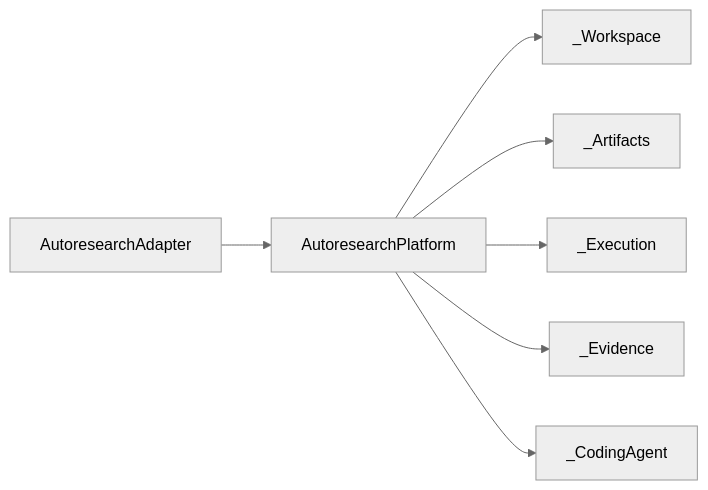
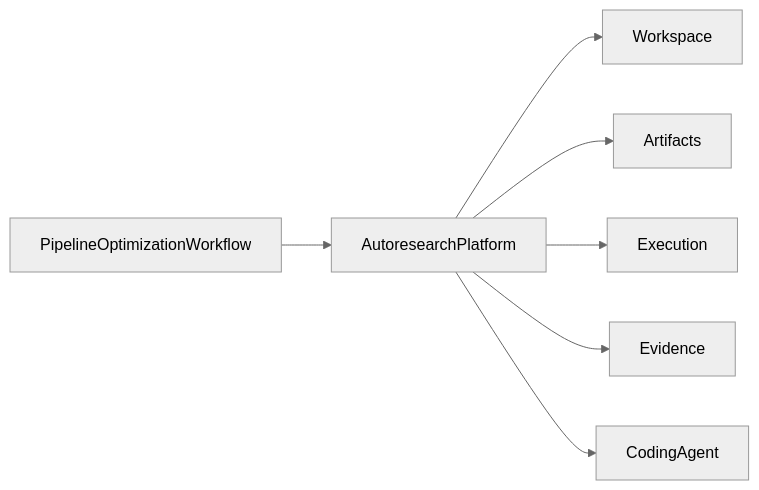
Before and after one commit to facebookresearch/spdl: the second of 2 diagrams in docs/source/autoresearch/autoresearch_architecture.rst, drawn with Mermaid (neutral theme). The commit also changed other lines of this file and 4 other files, not shown here.

```diff
--- a/docs/source/autoresearch/autoresearch_architecture.rst
+++ b/docs/source/autoresearch/autoresearch_architecture.rst
@@ -146,17 +149,17 @@
 .. mermaid::
 
    flowchart LR
-       Workflow["AutoresearchAdapter"]
+       Workflow["PipelineOptimizationWorkflow"]
        Platform["AutoresearchPlatform"]
-       Workspace["_Workspace"]
-       Artifacts["_Artifacts"]
-       Execution["_Execution"]
-       Evidence["_Evidence"]
-       Agent["_CodingAgent"]
+       Workspace["Workspace"]
+       Artifacts["Artifacts"]
+       Execution["Execution"]
+       Evidence["Evidence"]
+       Agent["CodingAgent"]
 
        Workflow --> Platform
        Platform --> Workspace
        Platform --> Artifacts
        Platform --> Execution
        Platform --> Evidence
        Platform --> Agent
```
